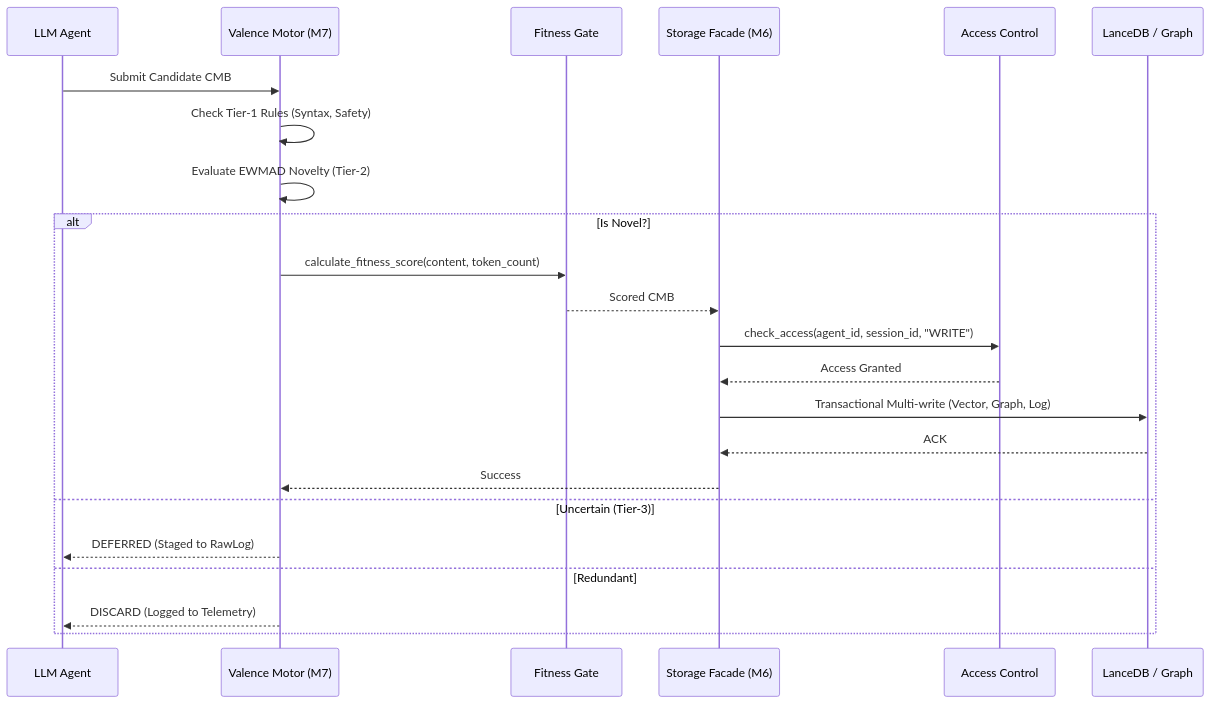
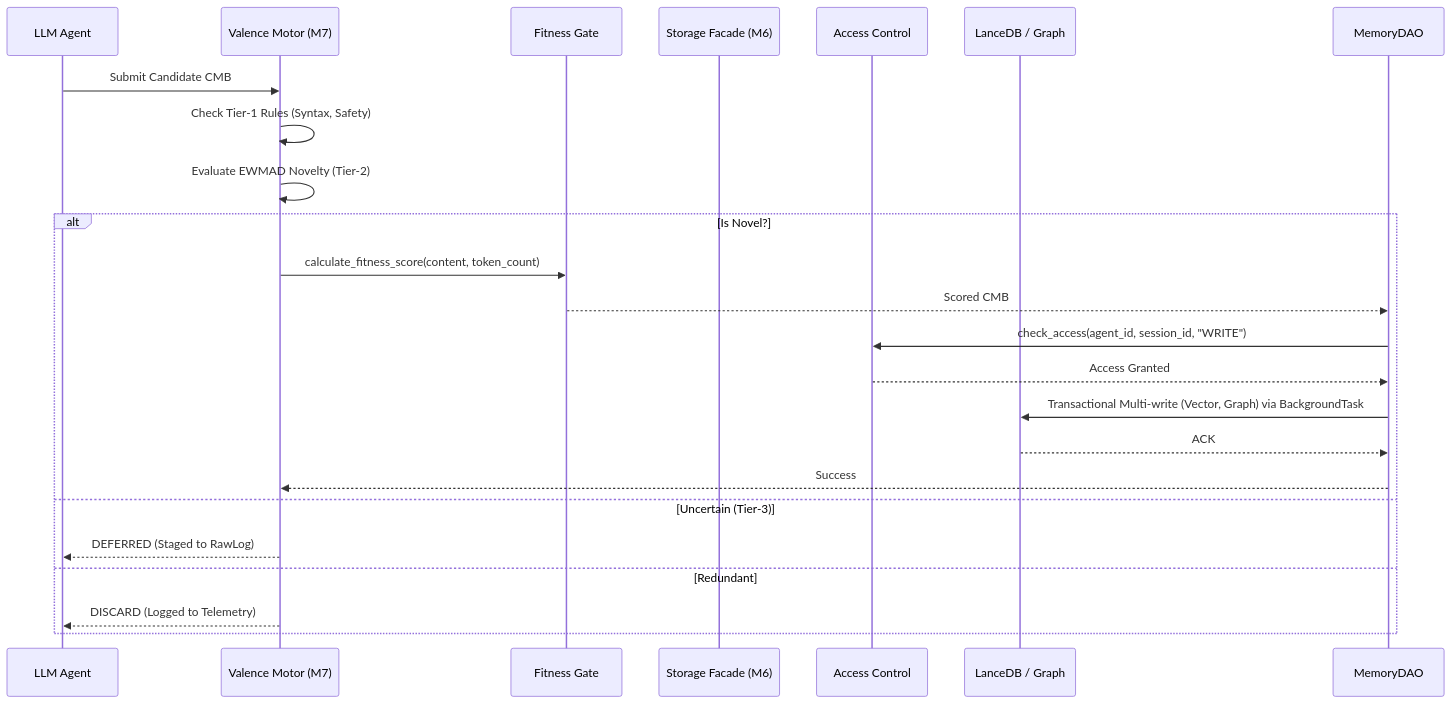
One commit to Yasou13/MESA changed the third of 5 diagrams in ARCHITECTURE.md. Above: the diagram before and after it, drawn with Mermaid. The commit also changed other lines of this file and 18 other files, not shown here.

````diff
--- a/ARCHITECTURE.md
+++ b/ARCHITECTURE.md
@@ -174,26 +175,26 @@
 ```mermaid
 sequenceDiagram
     participant Agent as LLM Agent
     participant Valence as Valence Motor (M7)
     participant Fitness as Fitness Gate
     participant StorageFacade as Storage Facade (M6)
     participant RBAC as Access Control
     participant DB as LanceDB / Graph
 
     Agent->>Valence: Submit Candidate CMB
     Valence->>Valence: Check Tier-1 Rules (Syntax, Safety)
     Valence->>Valence: Evaluate EWMAD Novelty (Tier-2)
     alt Is Novel?
         Valence->>Fitness: calculate_fitness_score(content, token_count)
-        Fitness-->>StorageFacade: Scored CMB
-        StorageFacade->>RBAC: check_access(agent_id, session_id, "WRITE")
-        RBAC-->>StorageFacade: Access Granted
-        StorageFacade->>DB: Transactional Multi-write (Vector, Graph, Log)
-        DB-->>StorageFacade: ACK
-        StorageFacade-->>Valence: Success
+        Fitness-->>MemoryDAO: Scored CMB
+        MemoryDAO->>RBAC: check_access(agent_id, session_id, "WRITE")
+        RBAC-->>MemoryDAO: Access Granted
+        MemoryDAO->>DB: Transactional Multi-write (Vector, Graph) via BackgroundTask
+        DB-->>MemoryDAO: ACK
+        MemoryDAO-->>Valence: Success
     else Uncertain (Tier-3)
         Valence-->>Agent: DEFERRED (Staged to RawLog)
     else Redundant
         Valence-->>Agent: DISCARD (Logged to Telemetry)
     end
 ```
````
